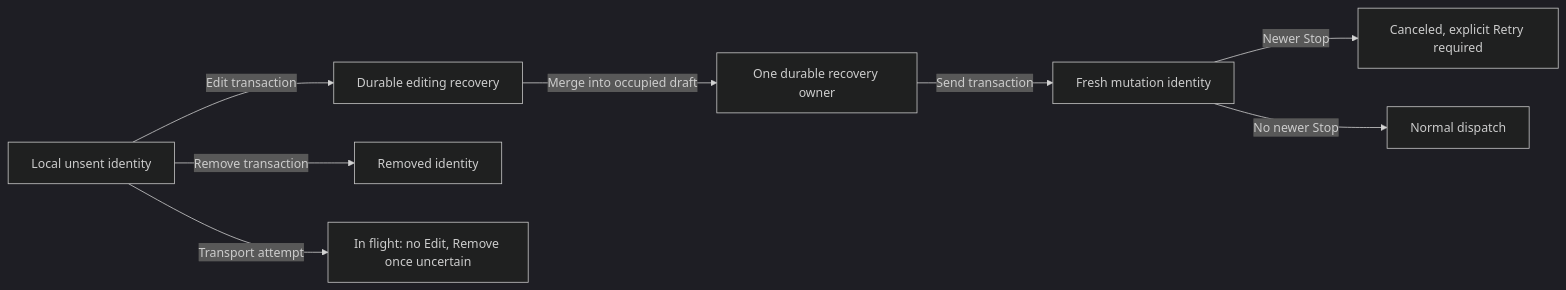
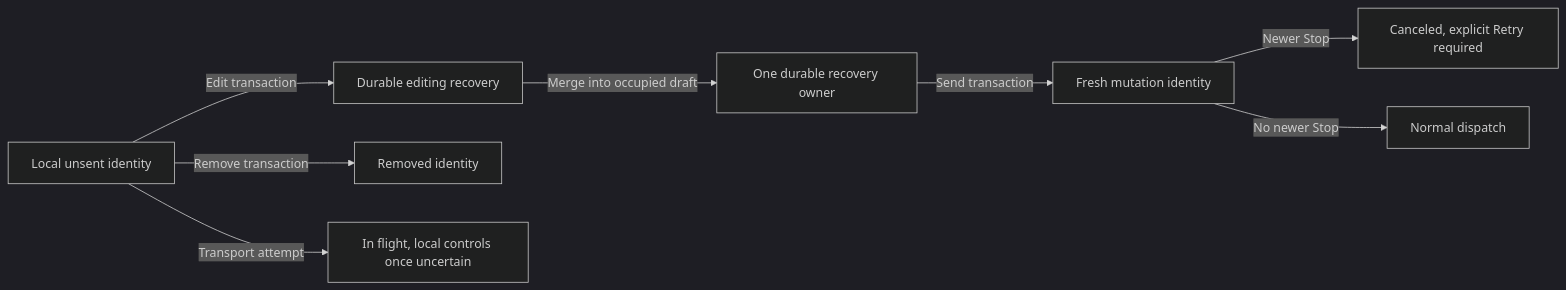
Before and after one commit to prime-radiant-inc/evener: the first of 3 diagrams in docs/product/message-recovery.md, drawn with Mermaid (dark theme). The commit also changed other lines of this file and 6 other files, not shown here.

````diff
--- a/docs/product/message-recovery.md
+++ b/docs/product/message-recovery.md
@@ -30,10 +30,10 @@
 ```mermaid
 flowchart LR
   Local[Local unsent identity] -->|Edit transaction| Recovery[Durable editing recovery]
   Local -->|Remove transaction| Removed[Removed identity]
-  Local -->|Transport attempt| Flight[In flight: no Edit, Remove once uncertain]
+  Local -->|Transport attempt| Flight[In flight, local controls once uncertain]
   Recovery -->|Merge into occupied draft| Owner[One durable recovery owner]
   Owner -->|Send transaction| Fresh[Fresh mutation identity]
   Fresh -->|Newer Stop| Held[Canceled, explicit Retry required]
   Fresh -->|No newer Stop| Dispatch[Normal dispatch]
 ```
````
